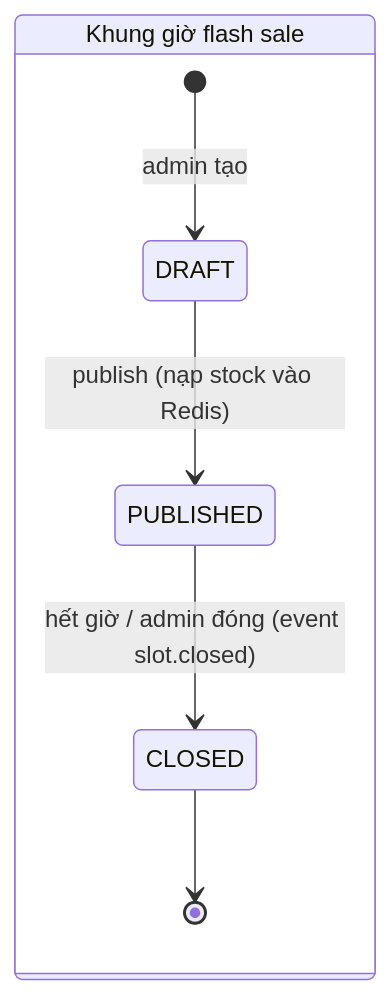
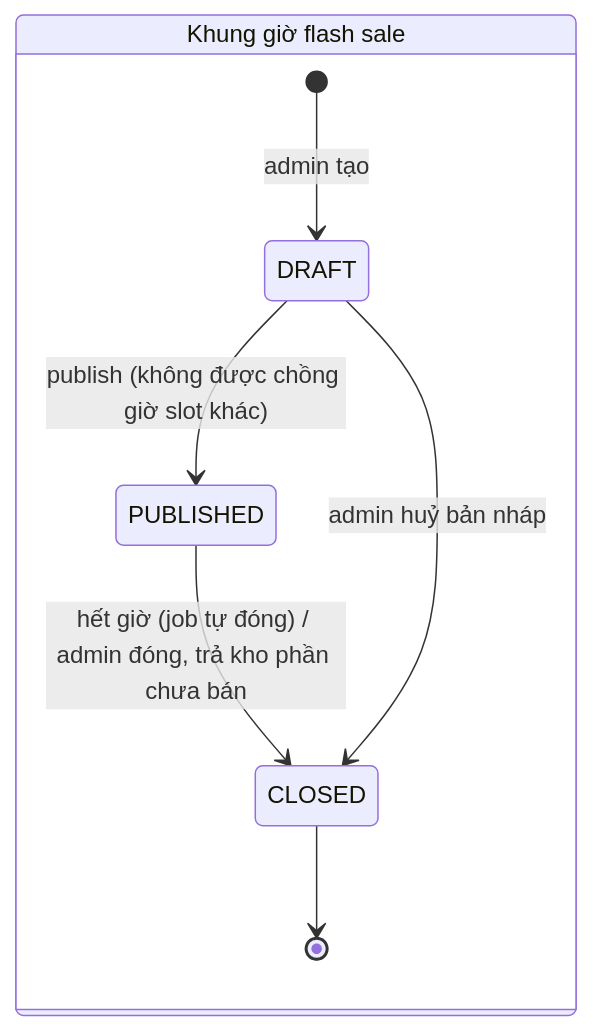
Diagram 12 of 14 in docs/system-design.md (lebronjamesbe01-dev/flashsale-service), drawn with Mermaid before and after one commit. The commit also changed other lines of this file and 1 other file, not shown here.

````diff
--- a/docs/system-design.md
+++ b/docs/system-design.md
@@ -388,10 +408,11 @@
 ```mermaid
 stateDiagram-v2
     direction LR
     state "Khung giờ flash sale" as SLOT {
         [*] --> DRAFT: admin tạo
-        DRAFT --> PUBLISHED: publish (nạp stock vào Redis)
-        PUBLISHED --> CLOSED: hết giờ / admin đóng (event slot.closed)
+        DRAFT --> PUBLISHED: publish (không được chồng giờ slot khác)
+        PUBLISHED --> CLOSED: hết giờ (job tự đóng) / admin đóng, trả kho phần chưa bán
+        DRAFT --> CLOSED: admin huỷ bản nháp
         CLOSED --> [*]
     }
 ```
````
